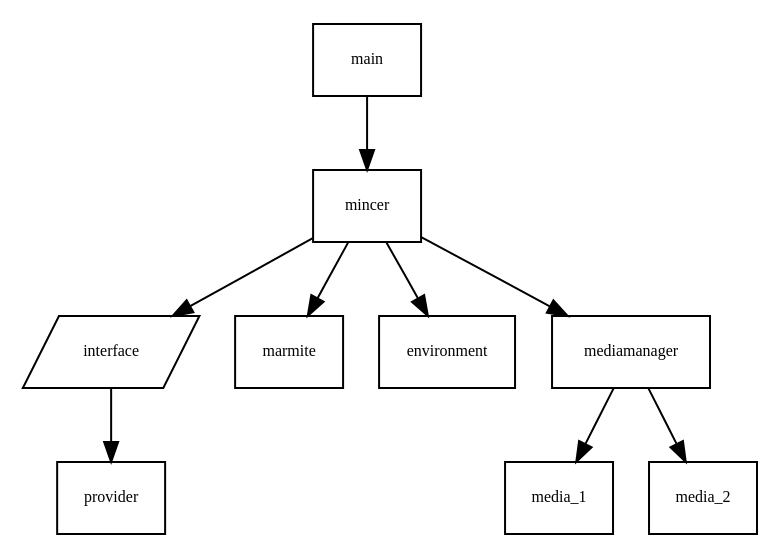
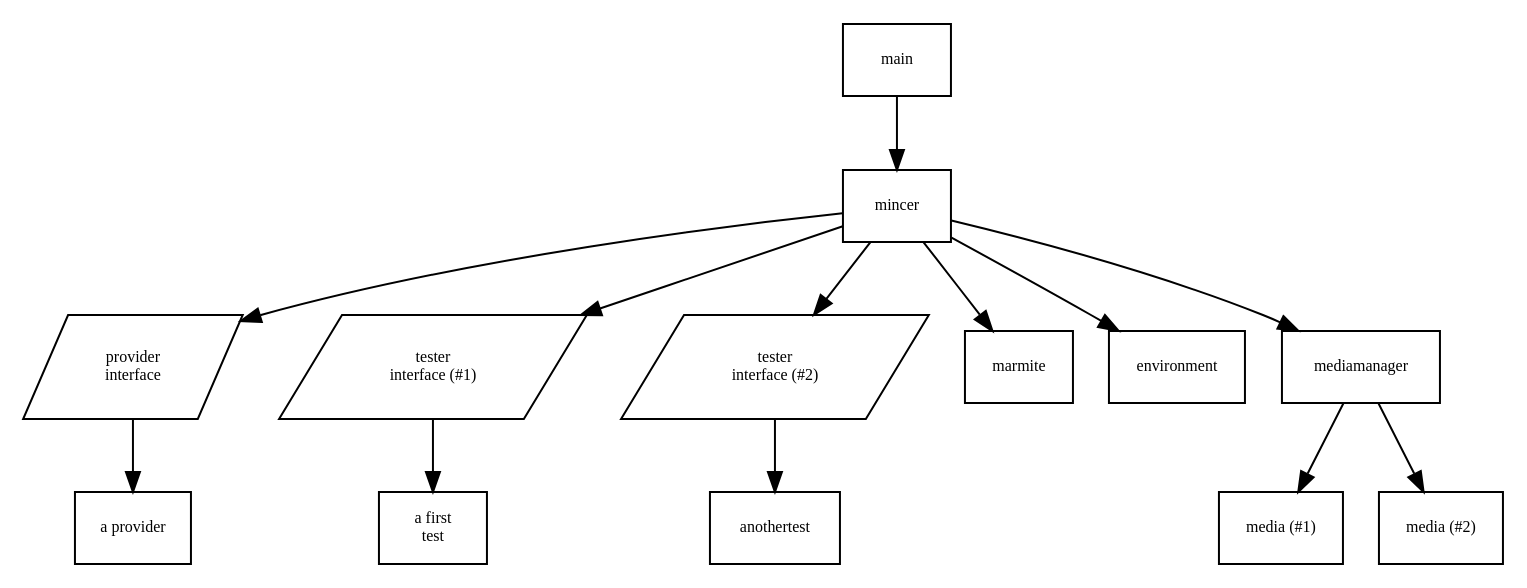
One commit to goneri/kitchen-mincer changed the second of 2 diagrams in doc/source/index.rst. Above: the diagram before and after it, drawn with Graphviz. The commit also changed other lines of this file, not shown here.

```diff
--- a/doc/source/index.rst
+++ b/doc/source/index.rst
@@ -282,25 +264,31 @@
 .. graphviz::
 
     digraph G {
 
         node [
         fontname = "Bitstream Vera Sans"
         fontsize = 8
         shape = "record"
         ]
 
         edge [
         arrowtail = "empty"
         ]
 
-	interface [ shape = "parallelogram"  ]
+	"provider\ninterface" [ shape = "parallelogram"  ]
+        "tester\ninterface (#1)" [ shape = "parallelogram" ]
+        "tester\ninterface (#2)" [ shape = "parallelogram" ]
 
         main -> mincer
         mincer -> marmite
-	mincer -> interface
+	mincer -> "provider\ninterface"
+        mincer -> "tester\ninterface (#1)"
+        mincer -> "tester\ninterface (#2)"
 	mincer -> environment
-	interface -> provider
+	"provider\ninterface" -> "a provider"
+        "tester\ninterface (#1)" -> "a first\ntest"
+        "tester\ninterface (#2)" -> "another\test"
 	mincer -> mediamanager
-	mediamanager -> media_1
-	mediamanager -> media_2
+        mediamanager -> "media (#1)"
+	mediamanager -> "media (#2)"
     }
```
